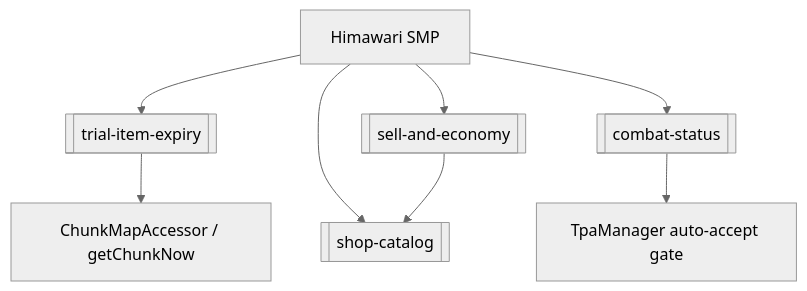
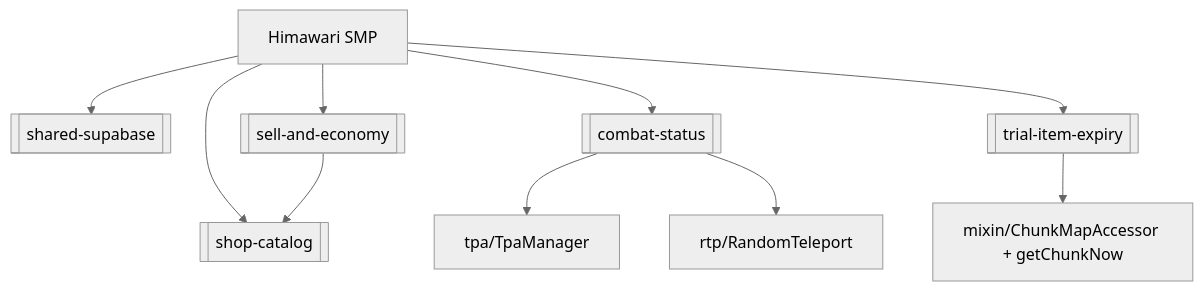
Before and after one commit to Woopsyyy/SecondaryBrain: the diagram in SecondaryBrain/Himawari-SMP/Himawari-SMP.md, drawn with Mermaid (neutral theme). The commit also changed other lines of this file and 5 other files, not shown here.

First line of the commit message:
docs(himawari): document whole-system architecture (bot + mod + shared DB)

````diff
--- a/SecondaryBrain/Himawari-SMP/Himawari-SMP.md
+++ b/SecondaryBrain/Himawari-SMP/Himawari-SMP.md
@@ -25,10 +60,12 @@
 ```mermaid
 graph TD
-  Hub[Himawari SMP] --> Trial[[trial-item-expiry]]
+  Hub[Himawari SMP] --> Supa[[shared-supabase]]
   Hub --> Shop[[shop-catalog]]
   Hub --> Combat[[combat-status]]
   Hub --> Sell[[sell-and-economy]]
-  Trial --> Mixins[ChunkMapAccessor / getChunkNow]
+  Hub --> Trial[[trial-item-expiry]]
+  Combat --> Tpa[tpa/TpaManager]
+  Combat --> Rtp[rtp/RandomTeleport]
   Sell --> Shop
-  Combat --> Tpa[TpaManager auto-accept gate]
+  Trial --> Mixins[mixin/ChunkMapAccessor + getChunkNow]
 ```
````
